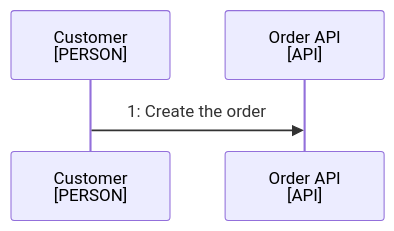
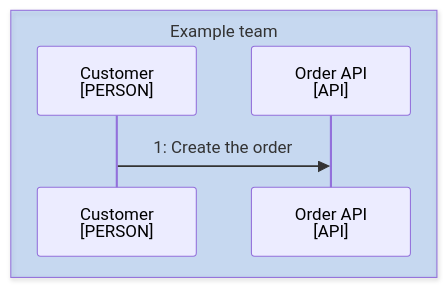
Before and after one commit to choonchernlim/skills: the diagram in skills/docsmith/scripts/fixtures/bad/view/docs/architecture.md, drawn with Mermaid. The commit also changed 47 other files, not shown here.

First line of the commit message:
feat(docsmith): require owner colors, sequence owner bands, and docs domain folders

````diff
--- a/skills/docsmith/scripts/fixtures/bad/view/docs/architecture.md
+++ b/skills/docsmith/scripts/fixtures/bad/view/docs/architecture.md
@@ -12,6 +12,8 @@
 ```mermaid
 sequenceDiagram
-  participant Customer as Customer<br/>[PERSON]
-  participant Route as Order API<br/>[API]
+  box rgba(26,115,232,0.2) Example team
+    participant Customer as Customer<br/>[PERSON]
+    participant Route as Order API<br/>[API]
+  end
   Customer->>Route: 1: Create the order
 ```
````
